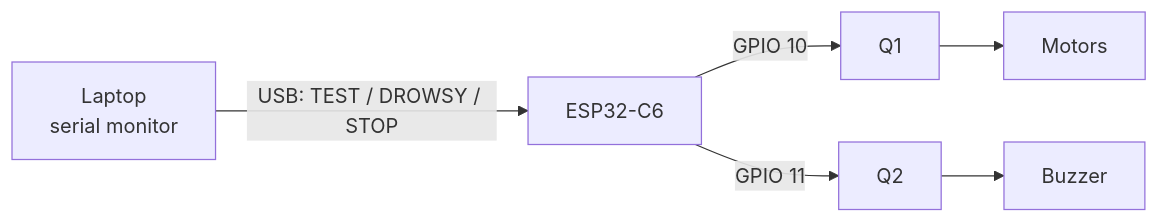
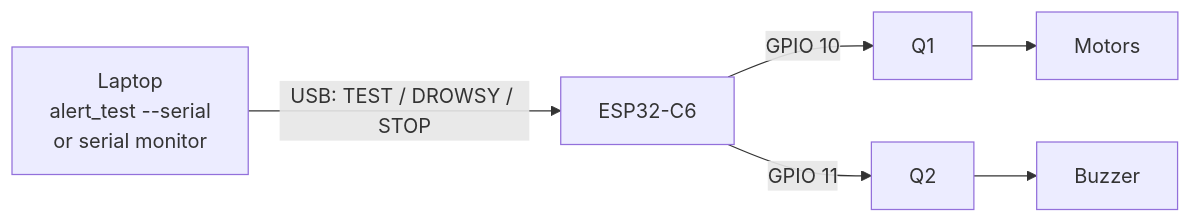
The second of 3 diagrams in Docs/alert-chain-test.md (KendracNguyen/DRIFTS), drawn with Mermaid before and after one commit. The commit also changed other lines of this file and 2 other files, not shown here.

First line of the commit message:
alert_test: --serial mode and a guided ESP32-only walkthrough

````diff
--- a/Docs/alert-chain-test.md
+++ b/Docs/alert-chain-test.md
@@ -45,6 +45,6 @@
 ```mermaid
 flowchart LR
-  PC["Laptop<br/>serial monitor"] -- "USB: TEST / DROWSY / STOP" --> ESP["ESP32-C6"]
+  PC["Laptop<br/>alert_test --serial<br/>or serial monitor"] -- "USB: TEST / DROWSY / STOP" --> ESP["ESP32-C6"]
   ESP -- "GPIO 10" --> Q1["Q1"] --> M["Motors"]
   ESP -- "GPIO 11" --> Q2["Q2"] --> B["Buzzer"]
 ```
````
